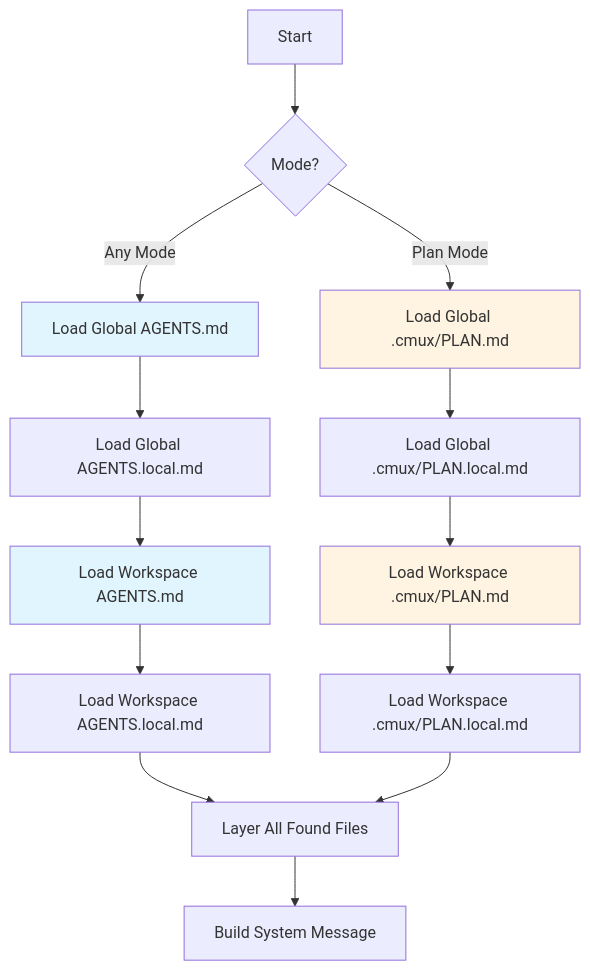
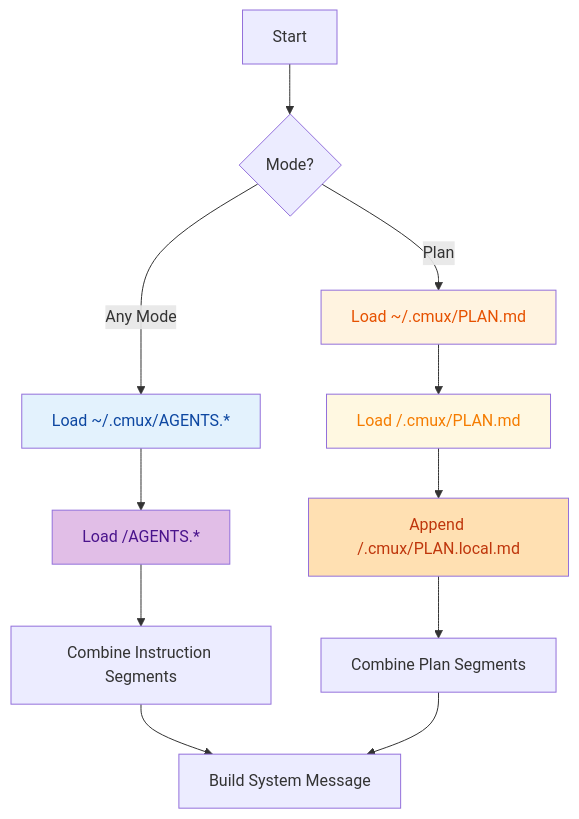
The diagram in docs/instruction-files.md (coder/cmux), drawn with Mermaid before and after one commit. The commit also changed other lines of this file and 3 other files, not shown here.

````diff
--- a/docs/instruction-files.md
+++ b/docs/instruction-files.md
@@ -23,22 +21,21 @@
 ```mermaid
 graph TD
     A[Start] --> B{Mode?}
-    B -->|Any Mode| C[Load Global AGENTS.md]
-    C --> D[Load Global AGENTS.local.md]
-    D --> E[Load Workspace AGENTS.md]
-    E --> F[Load Workspace AGENTS.local.md]
+    B -->|Any Mode| C[Load ~/.cmux/AGENTS.*]
+    C --> D[Load <workspace>/AGENTS.*]
 
-    B -->|Plan Mode| G[Load Global .cmux/PLAN.md]
-    G --> H[Load Global .cmux/PLAN.local.md]
-    H --> I[Load Workspace .cmux/PLAN.md]
-    I --> J[Load Workspace .cmux/PLAN.local.md]
+    B -->|Plan| E[Load ~/.cmux/PLAN.md]
+    E --> F[Load <workspace>/.cmux/PLAN.md]
+    F --> G[Append <workspace>/.cmux/PLAN.local.md]
 
-    F --> K[Layer All Found Files]
-    J --> K
-    K --> L[Build System Message]
+    D --> H[Combine Instruction Segments]
+    G --> I[Combine Plan Segments]
+    H --> J[Build System Message]
+    I --> J
 
-    style C fill:#e1f5ff
-    style E fill:#e1f5ff
-    style G fill:#fff4e1
-    style I fill:#fff4e1
+    style C fill:#e3f2fd,color:#0d47a1
+    style D fill:#e1bee7,color:#4a148c
+    style E fill:#fff3e0,color:#e65100
+    style F fill:#fff8e1,color:#f57c00
+    style G fill:#ffe0b2,color:#bf360c
 ```
````
